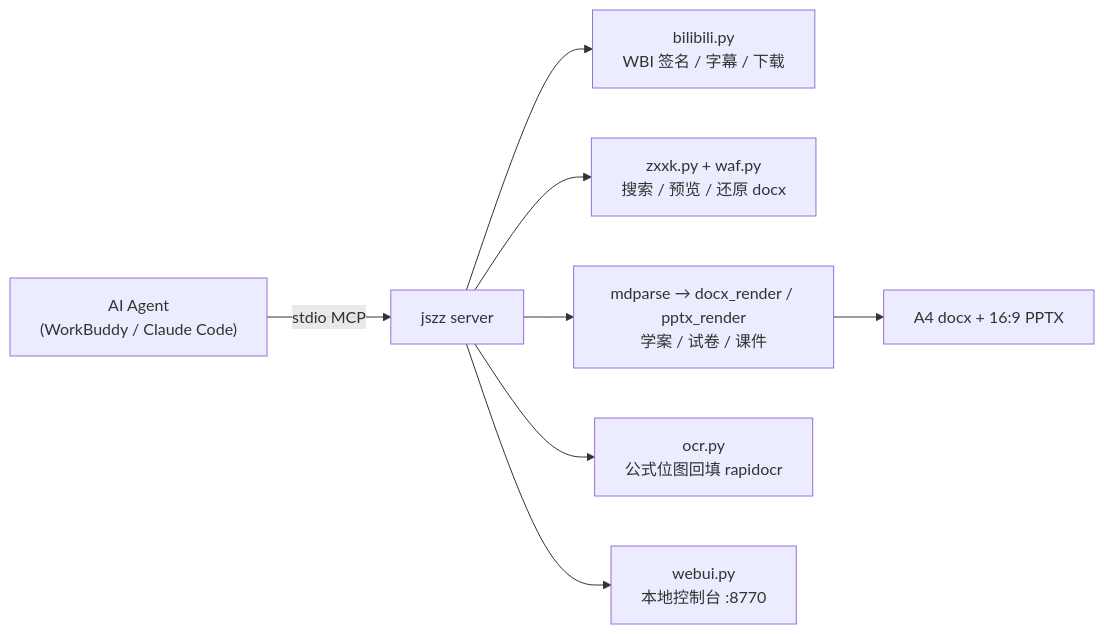
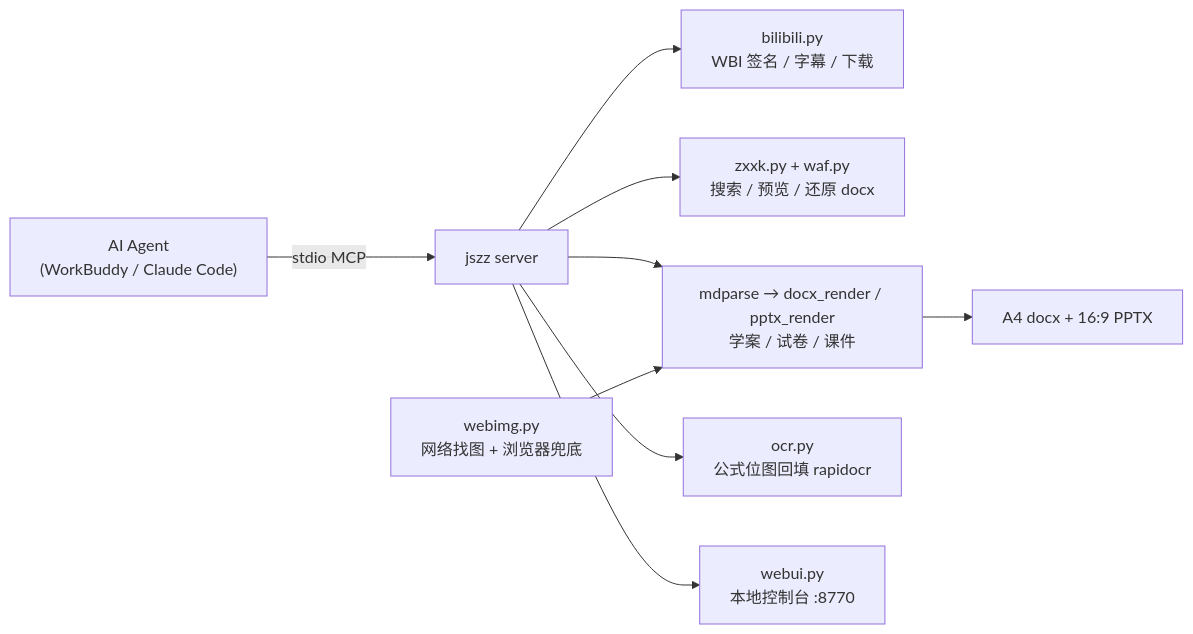
Before and after one commit to wohongshi/jszz: the diagram in README.md, drawn with Mermaid. The commit also changed other lines of this file and 36 other files, not shown here.

First line of the commit message:
jszz v1.14–1.20：九科化 + 深读 + 图片 + 浏览器兜底 + OCR 三修

````diff
--- a/README.md
+++ b/README.md
@@ -66,10 +70,11 @@
 ```mermaid
 flowchart LR
     A["AI Agent<br>(WorkBuddy / Claude Code)"] -->|stdio MCP| B["jszz server"]
     B --> C["bilibili.py<br>WBI 签名 / 字幕 / 下载"]
     B --> D["zxxk.py + waf.py<br>搜索 / 预览 / 还原 docx"]
     B --> E["mdparse → docx_render / pptx_render<br>学案 / 试卷 / 课件"]
     B --> F["ocr.py<br>公式位图回填 rapidocr"]
     B --> G["webui.py<br>本地控制台 :8770"]
     E --> H["A4 docx + 16:9 PPTX"]
+    I["webimg.py<br>网络找图 + 浏览器兜底"] --> E
 ```
````
